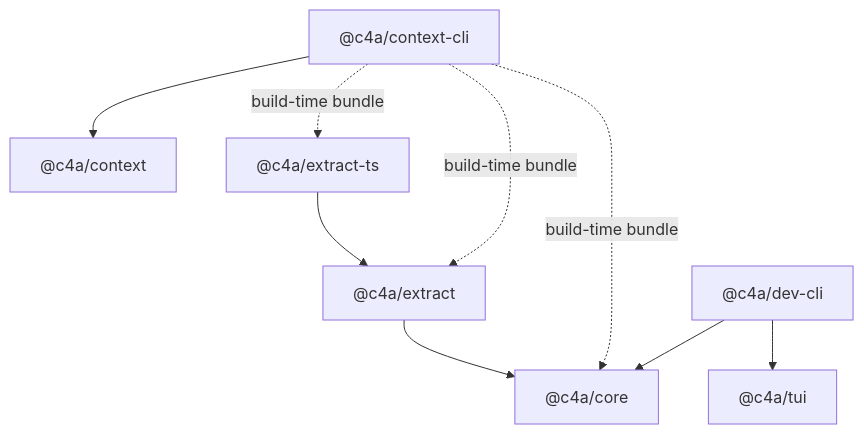
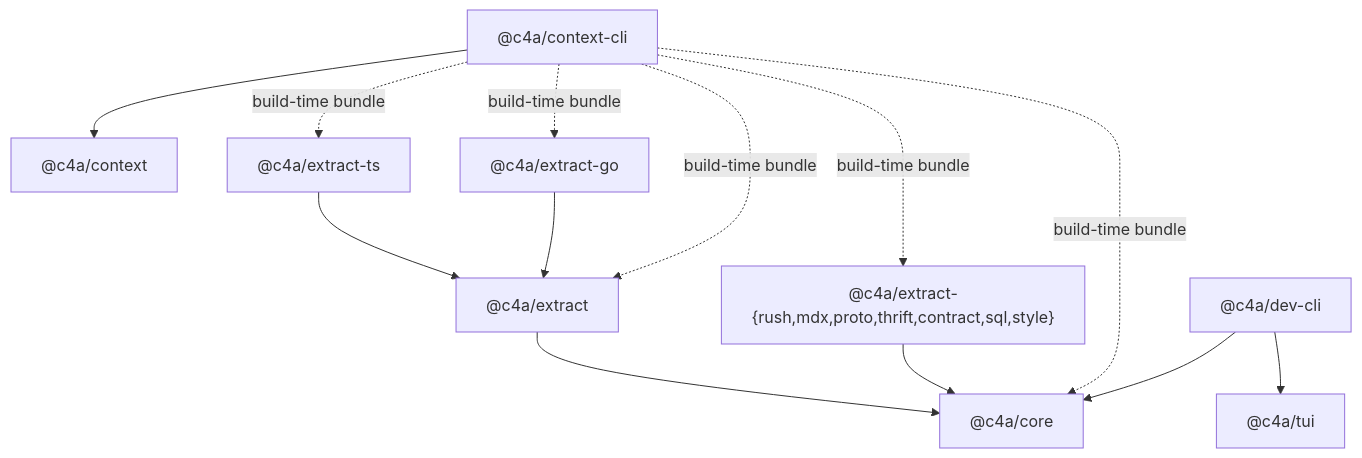
The diagram in CLAUDE.md (context4ai/context), drawn with Mermaid before and after one commit. The commit also changed 46 other files, not shown here.

First line of the commit message:
feat(v0.7.61): first-paint theme, reader-language homepage fallback and diagram rendering (#59)

````diff
--- a/CLAUDE.md
+++ b/CLAUDE.md
@@ -9,19 +9,25 @@
 ```mermaid
 graph TD
   core["@c4a/core"]
   context["@c4a/context"]
   extract["@c4a/extract"]
   extractTs["@c4a/extract-ts"]
+  extractGo["@c4a/extract-go"]
+  parsers["@c4a/extract-{rush,mdx,proto,thrift,contract,sql,style}"]
   tui["@c4a/tui"]
   contextCli["@c4a/context-cli"]
   devCli["@c4a/dev-cli"]
 
   extract --> core
   extractTs --> extract
+  extractGo --> extract
+  parsers --> core
   contextCli --> context
   contextCli -. build-time bundle .-> core
   contextCli -. build-time bundle .-> extract
   contextCli -. build-time bundle .-> extractTs
+  contextCli -. build-time bundle .-> extractGo
+  contextCli -. build-time bundle .-> parsers
   devCli --> core
   devCli --> tui
 ```
````
